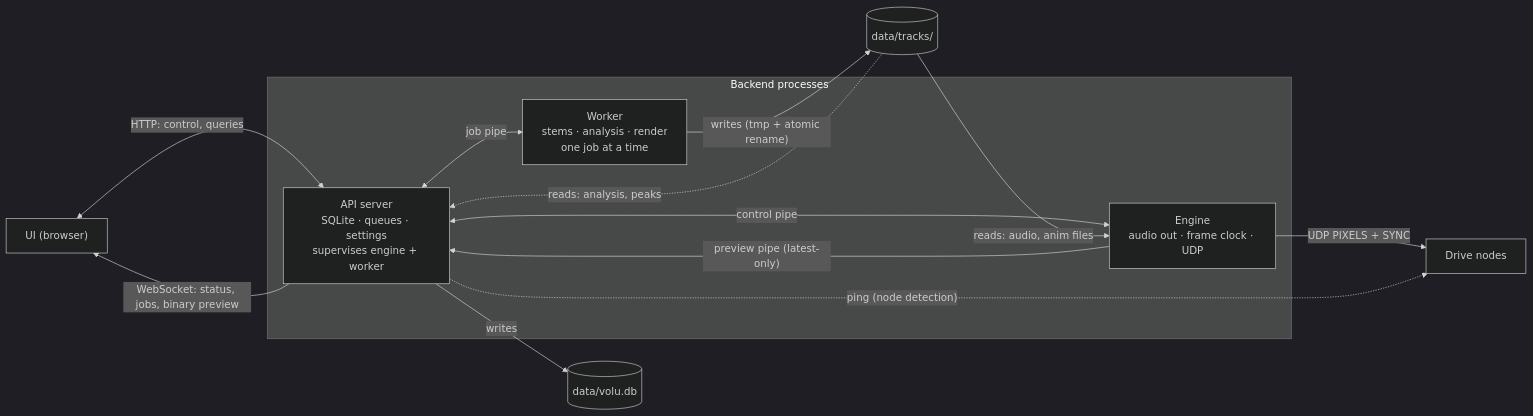
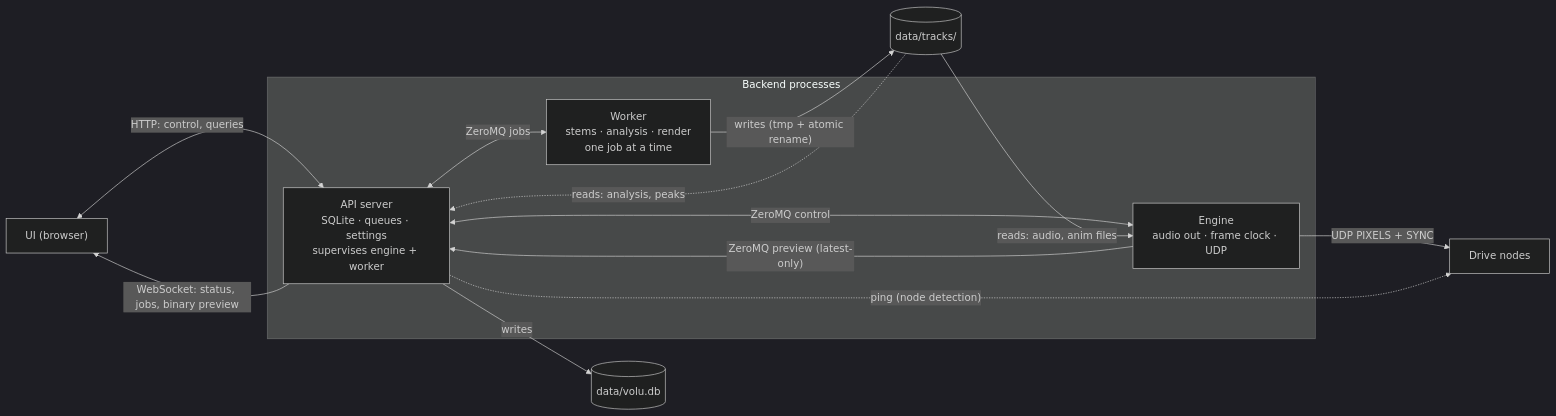
One commit to tylerclindsay/volu_disp changed the first of 2 diagrams in docs/architecture.md. Above: the diagram before and after it, drawn with Mermaid (dark theme). The commit also changed other lines of this file and 1 other file, not shown here.

First line of the commit message:
Use ZeroMQ for server/engine/worker IPC (decision 0007)

````diff
--- a/docs/architecture.md
+++ b/docs/architecture.md
@@ -33,24 +34,24 @@
 ```mermaid
 flowchart LR
     UI["UI (browser)"]
     subgraph backend ["Backend processes"]
         SRV["API server<br/>SQLite · queues · settings<br/>supervises engine + worker"]
         ENG["Engine<br/>audio out · frame clock · UDP"]
         WRK["Worker<br/>stems · analysis · render<br/>one job at a time"]
     end
     DB[("data/volu.db")]
     DATA[("data/tracks/")]
     NODES["Drive nodes"]
 
     UI <-->|"HTTP: control, queries"| SRV
     SRV -->|"WebSocket: status, jobs, binary preview"| UI
-    SRV <-->|"control pipe"| ENG
-    ENG -->|"preview pipe (latest-only)"| SRV
-    SRV <-->|"job pipe"| WRK
+    SRV <-->|"ZeroMQ control"| ENG
+    ENG -->|"ZeroMQ preview (latest-only)"| SRV
+    SRV <-->|"ZeroMQ jobs"| WRK
     SRV -->|"writes"| DB
     WRK -->|"writes (tmp + atomic rename)"| DATA
     DATA -->|"reads: audio, anim files"| ENG
     DATA -.->|"reads: analysis, peaks"| SRV
     ENG -->|"UDP PIXELS + SYNC"| NODES
     SRV -.->|"ping (node detection)"| NODES
 ```
````
